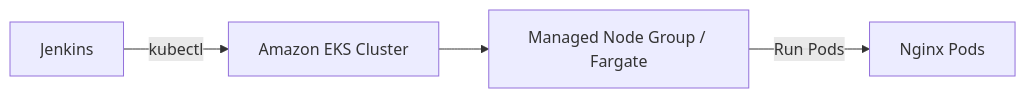
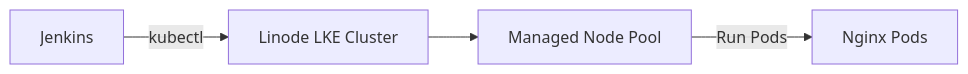
One commit to mustafa-saleh/kubernetes-linode-deploy-to-lke-cluster-from-jenkins changed the diagram in README.md. Above: the diagram before and after it, drawn with Mermaid. The commit also changed other lines of this file, not shown here.

````diff
--- a/README.md
+++ b/README.md
@@ -60,6 +63,6 @@
 ```mermaid
 flowchart LR
-	Jenkins -->|kubectl| EKS["Amazon EKS Cluster"]
-	EKS --> Nodes["Managed Node Group / Fargate"]
-	Nodes -->|Run Pods| App["Nginx Pods"]
+    Jenkins -->|kubectl| LKE["Linode LKE Cluster"]
+    LKE --> Nodes["Managed Node Pool"]
+    Nodes -->|Run Pods| App["Nginx Pods"]
 ```
````
